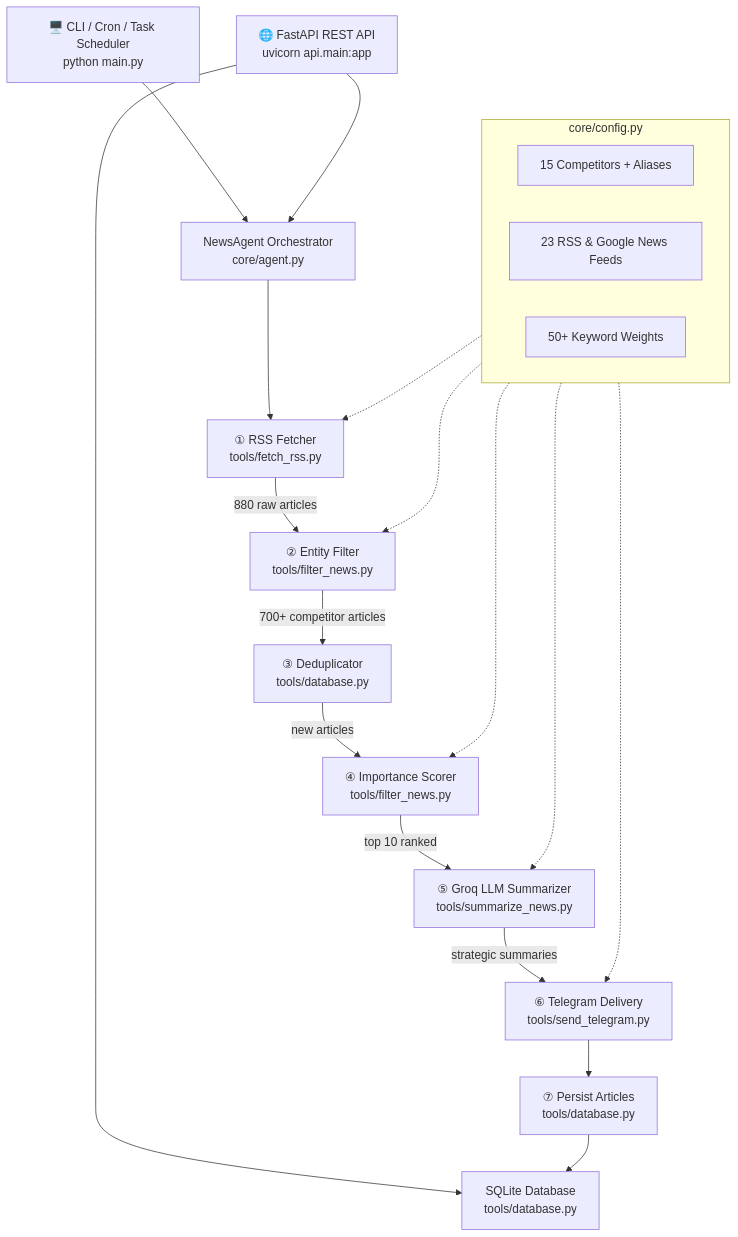
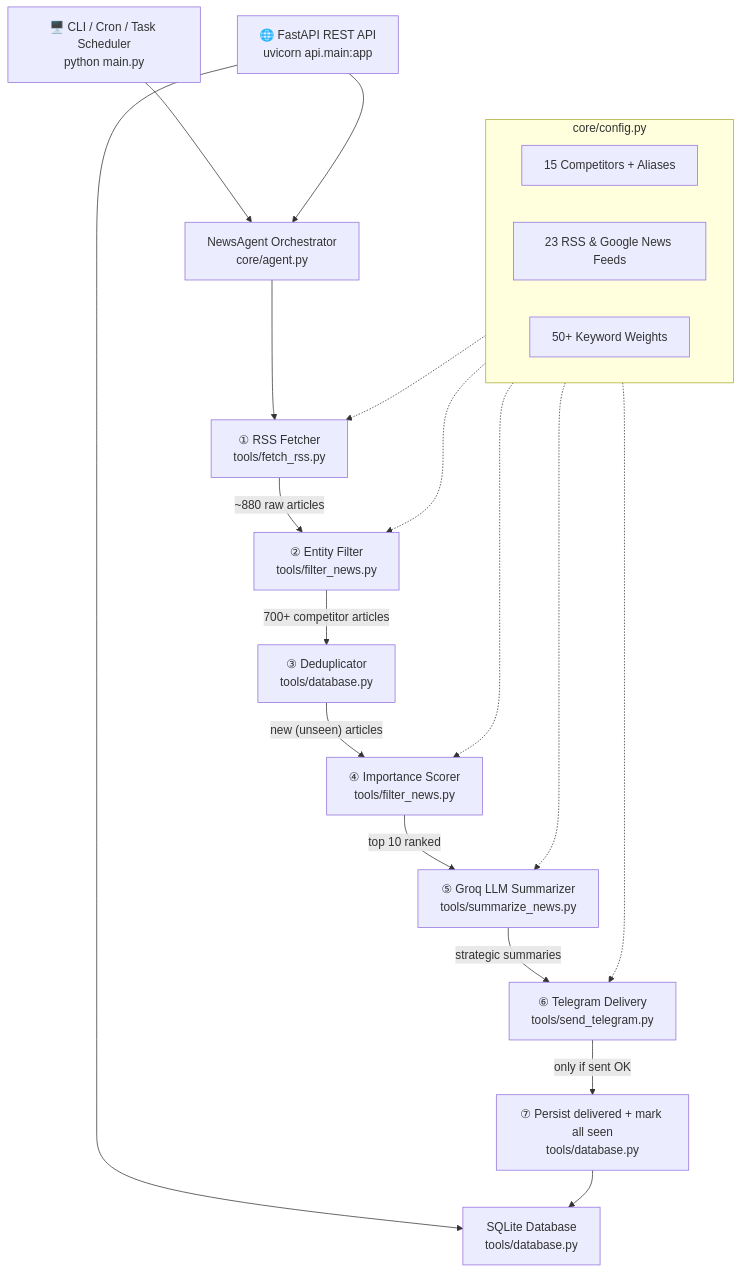
Before and after one commit to ApurvSharma05/NEWS-AGENT: the diagram in README.md, drawn with Mermaid. The commit also changed other lines of this file and 15 other files, not shown here.

````diff
--- a/README.md
+++ b/README.md
@@ -55,25 +57,25 @@
 ```mermaid
 flowchart TD
     CLI["🖥️ CLI / Cron / Task Scheduler\npython main.py"]
     API["🌐 FastAPI REST API\nuvicorn api.main:app"]
     
     CLI --> AGENT["NewsAgent Orchestrator\ncore/agent.py"]
     API --> AGENT
     API --> DB["SQLite Database\ntools/database.py"]
 
     AGENT --> STEP1["① RSS Fetcher\ntools/fetch_rss.py"]
-    STEP1 -->|"880 raw articles"| STEP2["② Entity Filter\ntools/filter_news.py"]
+    STEP1 -->|"~880 raw articles"| STEP2["② Entity Filter\ntools/filter_news.py"]
     STEP2 -->|"700+ competitor articles"| STEP3["③ Deduplicator\ntools/database.py"]
-    STEP3 -->|"new articles"| STEP4["④ Importance Scorer\ntools/filter_news.py"]
+    STEP3 -->|"new (unseen) articles"| STEP4["④ Importance Scorer\ntools/filter_news.py"]
     STEP4 -->|"top 10 ranked"| STEP5["⑤ Groq LLM Summarizer\ntools/summarize_news.py"]
     STEP5 -->|"strategic summaries"| STEP6["⑥ Telegram Delivery\ntools/send_telegram.py"]
-    STEP6 --> STEP7["⑦ Persist Articles\ntools/database.py"]
+    STEP6 -->|"only if sent OK"| STEP7["⑦ Persist delivered + mark all seen\ntools/database.py"]
     STEP7 --> DB
 
     subgraph CONFIG["core/config.py"]
         C1["15 Competitors + Aliases"]
         C2["23 RSS & Google News Feeds"]
         C3["50+ Keyword Weights"]
     end
     CONFIG -.-> STEP1 & STEP2 & STEP4 & STEP5 & STEP6
 ```
````
